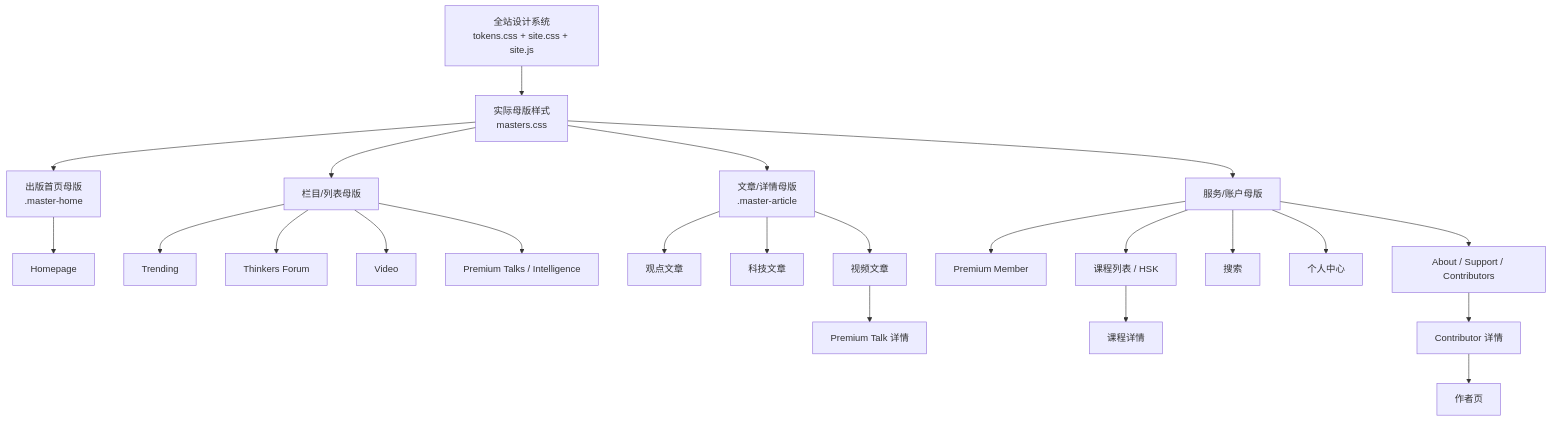
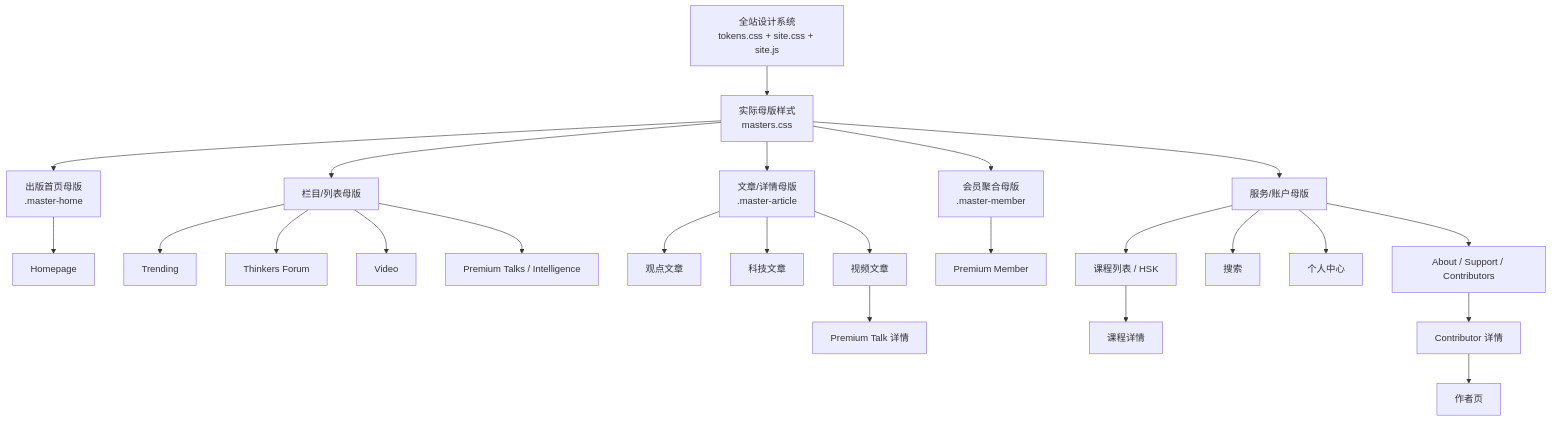
One commit to TangYida/TCA-UI-Design changed the second of 2 diagrams in MAP.md. Above: the diagram before and after it, drawn with Mermaid. The commit also changed other lines of this file and 25 other files, not shown here.

````diff
--- a/MAP.md
+++ b/MAP.md
@@ -109,26 +111,27 @@
 ```mermaid
 flowchart TD
   DS[全站设计系统<br/>tokens.css + site.css + site.js]
   DS --> M[实际母版样式<br/>masters.css]
   M --> H[出版首页母版<br/>.master-home]
+  M --> PM[会员聚合母版<br/>.master-member]
   M --> L[栏目/列表母版]
   M --> A[文章/详情母版<br/>.master-article]
   M --> S[服务/账户母版]
   H --> Home[Homepage]
   L --> Trend[Trending]
   L --> TF[Thinkers Forum]
   L --> Video[Video]
   L --> Talks[Premium Talks / Intelligence]
   A --> Opinion[观点文章]
   A --> Tech[科技文章]
   A --> VideoArticle[视频文章]
   VideoArticle --> PremiumTalk[Premium Talk 详情]
-  S --> Member[Premium Member]
+  PM --> Member[Premium Member]
   S --> Courses[课程列表 / HSK]
   Courses --> Lesson[课程详情]
   S --> Search[搜索]
   S --> Account[个人中心]
   S --> Org[About / Support / Contributors]
   Org --> Profile[Contributor 详情]
   Profile --> Archive[作者页]
 ```
````
